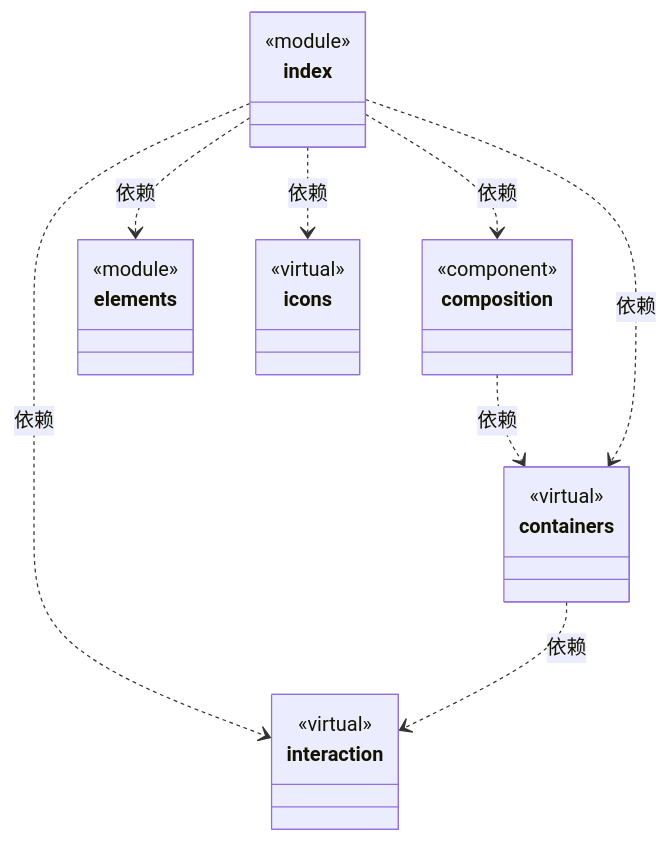
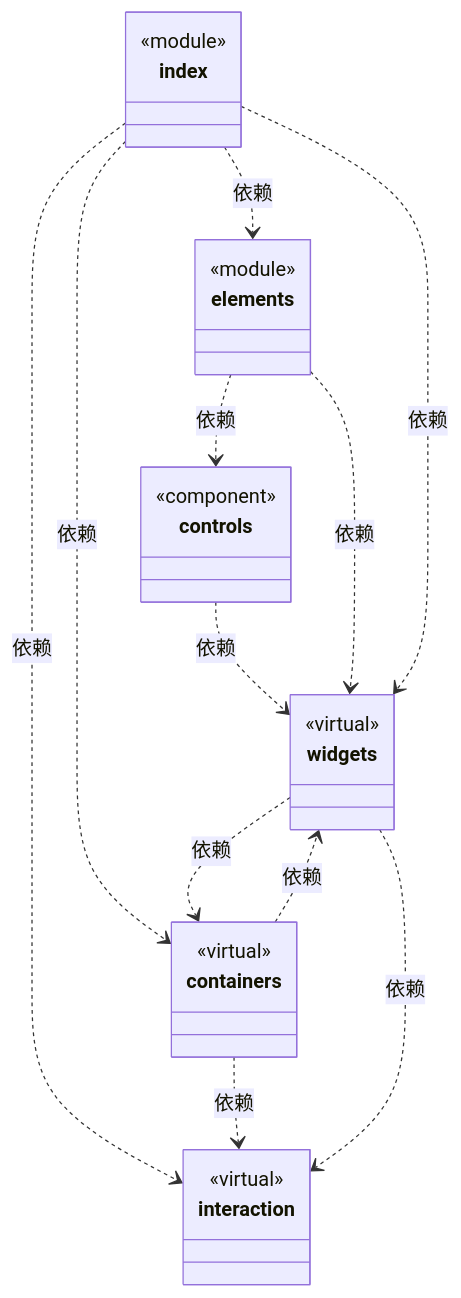
The first of 2 diagrams in src/framework-ui/ARCHITECTURE.md (nan023062/cbim), drawn with Mermaid before and after one commit. The commit also changed other lines of this file and 102 other files, not shown here.

````diff
--- a/src/framework-ui/ARCHITECTURE.md
+++ b/src/framework-ui/ARCHITECTURE.md
@@ -32,34 +32,38 @@
 ```mermaid
 classDiagram
+class N_bbfa01896bb3["widgets"] {
+  <<virtual>>
+}
+click N_bbfa01896bb3 href "widgets/ARCHITECTURE.md"
+class N_b168e4b82143["controls"] {
+  <<component>>
+}
+click N_b168e4b82143 href "controls.tsx"
+class N_c0f5b5c6bbcb["elements"] {
+  <<module>>
+}
+click N_c0f5b5c6bbcb href "elements.ts"
 class N_f36918aa9143["index"] {
   <<module>>
 }
 click N_f36918aa9143 href "index.ts"
-class N_dfa48aac2ad8["composition"] {
-  <<component>>
-}
-click N_dfa48aac2ad8 href "composition.tsx"
-class N_c0f5b5c6bbcb["elements"] {
-  <<module>>
-}
-click N_c0f5b5c6bbcb href "elements.ts"
 class N_788f2c75b21b["containers"] {
   <<virtual>>
 }
 click N_788f2c75b21b href "containers/ARCHITECTURE.md"
-class N_3db91ab854e7["icons"] {
-  <<virtual>>
-}
-click N_3db91ab854e7 href "icons/ARCHITECTURE.md"
 class N_edb47f0763e2["interaction"] {
   <<virtual>>
 }
 click N_edb47f0763e2 href "interaction/ARCHITECTURE.md"
-N_dfa48aac2ad8 ..> N_788f2c75b21b : 依赖
-N_f36918aa9143 ..> N_dfa48aac2ad8 : 依赖
+N_b168e4b82143 ..> N_bbfa01896bb3 : 依赖
+N_c0f5b5c6bbcb ..> N_b168e4b82143 : 依赖
+N_c0f5b5c6bbcb ..> N_bbfa01896bb3 : 依赖
 N_f36918aa9143 ..> N_c0f5b5c6bbcb : 依赖
 N_f36918aa9143 ..> N_788f2c75b21b : 依赖
-N_f36918aa9143 ..> N_3db91ab854e7 : 依赖
 N_f36918aa9143 ..> N_edb47f0763e2 : 依赖
+N_f36918aa9143 ..> N_bbfa01896bb3 : 依赖
 N_788f2c75b21b ..> N_edb47f0763e2 : 依赖
+N_788f2c75b21b ..> N_bbfa01896bb3 : 依赖
+N_bbfa01896bb3 ..> N_788f2c75b21b : 依赖
+N_bbfa01896bb3 ..> N_edb47f0763e2 : 依赖
 ```
````
